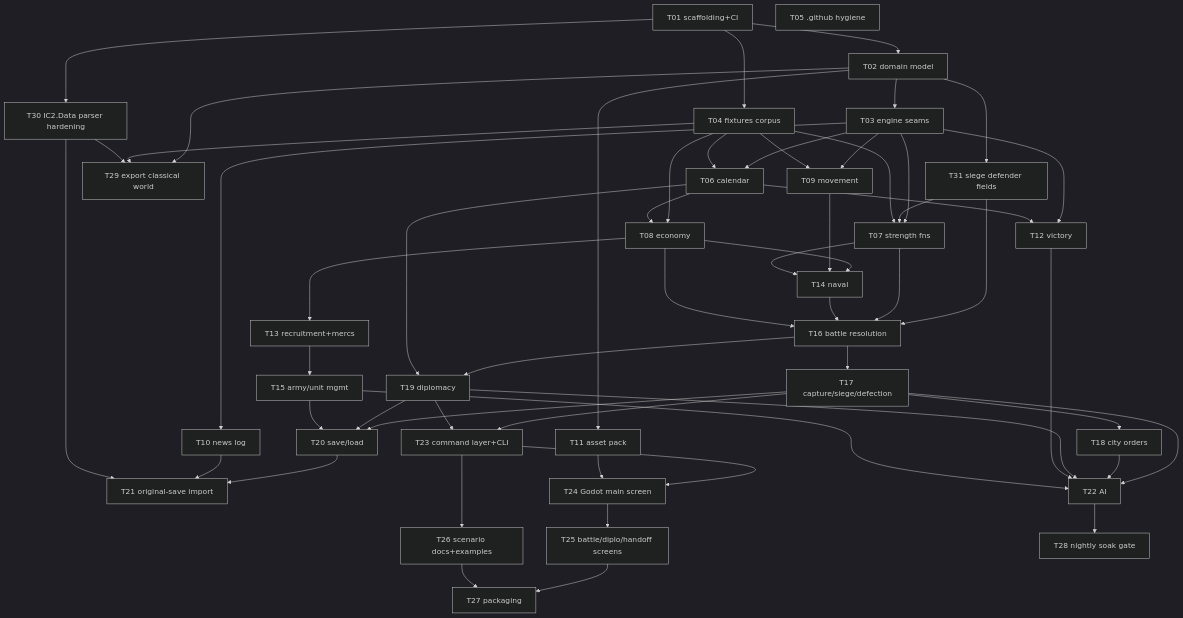
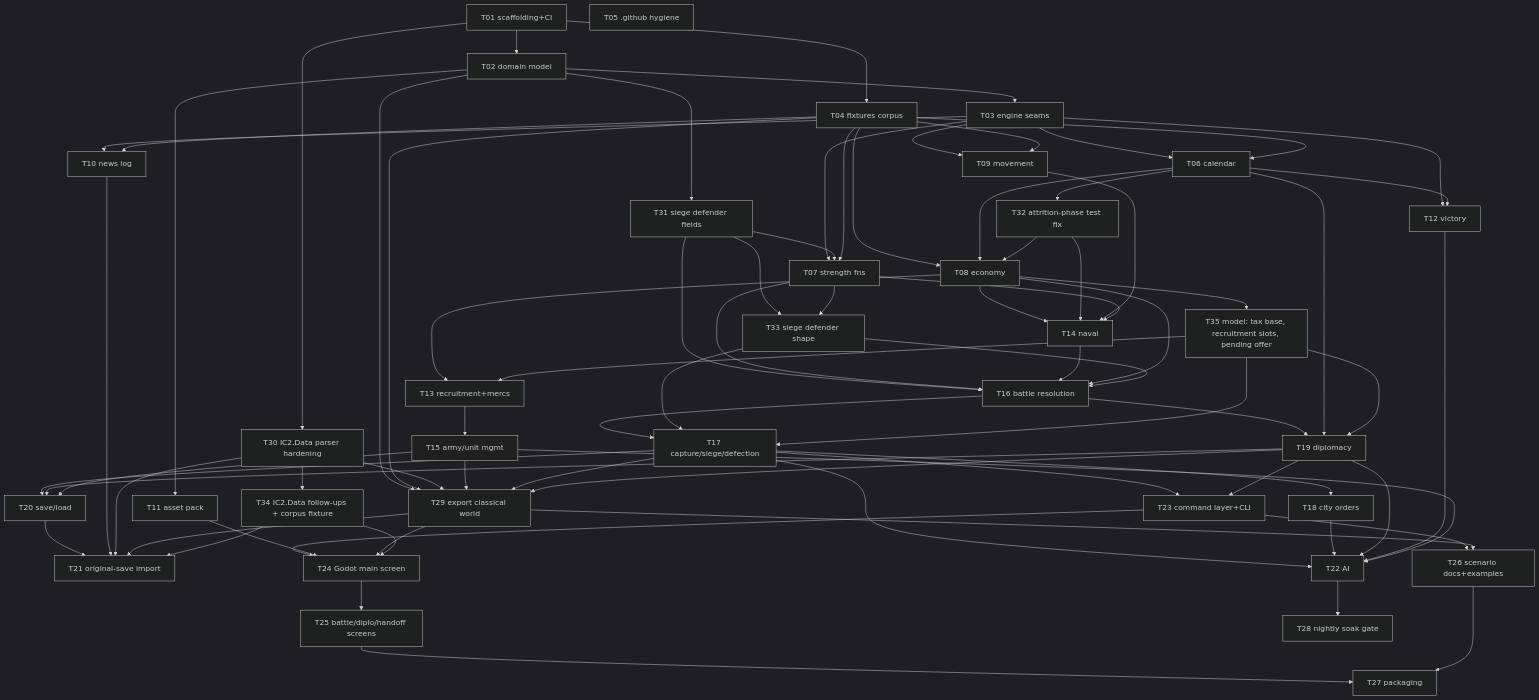
The diagram in docs/task-catalogue.md (diegoami/imperial_conquest_2), drawn with Mermaid (dark theme) before and after one commit. The commit also changed other lines of this file, not shown here.

First line of the commit message:
Catalogue: triage #40 #43 #46 #47 #49 #50 #52; T32–T35; T29 after the schema settles

```diff
--- a/docs/task-catalogue.md
+++ b/docs/task-catalogue.md
@@ -39,28 +39,46 @@
   T04 --> T07
   T04 --> T08[T08 economy]
   T04 --> T09
+  T04 --> T10
   T06 --> T08
   T06 --> T12
+  T06 --> T32[T32 attrition-phase test fix]
+  T32 --> T08
+  T31 --> T33[T33 siege defender shape]
+  T07 --> T33
+  T30 --> T34[T34 IC2.Data follow-ups + corpus fixture]
 
   T08 --> T13[T13 recruitment+mercs]
   T08 --> T14[T14 naval]
+  T32 --> T14
   T09 --> T14
   T07 --> T14
+  T08 --> T35[T35 model: tax base, recruitment slots, pending offer]
+  T35 --> T13
   T13 --> T15[T15 army/unit mgmt]
   T07 --> T16[T16 battle resolution]
   T14 --> T16
   T08 --> T16
+  T33 --> T16
 
   T16 --> T17[T17 capture/siege/defection]
+  T33 --> T17
+  T35 --> T17
   T16 --> T19[T19 diplomacy]
   T06 --> T19
+  T35 --> T19
   T17 --> T18[T18 city orders]
   T17 --> T20[T20 save/load]
   T19 --> T20
   T15 --> T20
+  T15 --> T29
+  T17 --> T29
+  T19 --> T29
   T20 --> T21[T21 original-save import]
   T10 --> T21
   T30 --> T21
+  T29 --> T21
+  T34 --> T21
 
   T17 --> T22[T22 AI]
   T18 --> T22
@@ -72,8 +90,11 @@
   T19 --> T23
   T23 --> T24[T24 Godot main screen]
   T11 --> T24
+  T29 --> T24
+  T34 --> T24
   T24 --> T25[T25 battle/diplo/handoff screens]
   T23 --> T26[T26 scenario docs+examples]
+  T29 --> T26
   T22 --> T28[T28 nightly soak gate]
   T25 --> T27[T27 packaging]
   T26 --> T27
```
